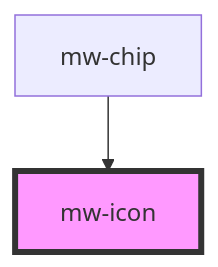
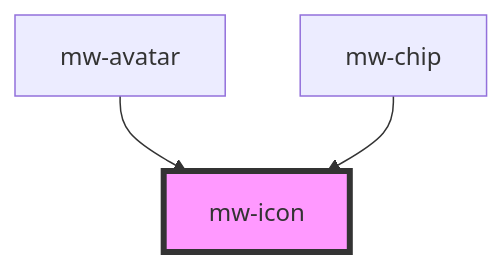
Before and after one commit to MaibornWolff/mwui: the diagram in tlm-stencil/src/components/mw-icon/readme.md, drawn with Mermaid. The commit also changed other lines of this file and 31 other files, not shown here.

````diff
--- a/tlm-stencil/src/components/mw-icon/readme.md
+++ b/tlm-stencil/src/components/mw-icon/readme.md
@@ -24,5 +25,6 @@
 ```mermaid
 graph TD;
+  mw-avatar --> mw-icon
   mw-chip --> mw-icon
   style mw-icon fill:#f9f,stroke:#333,stroke-width:4px
 ```
````
